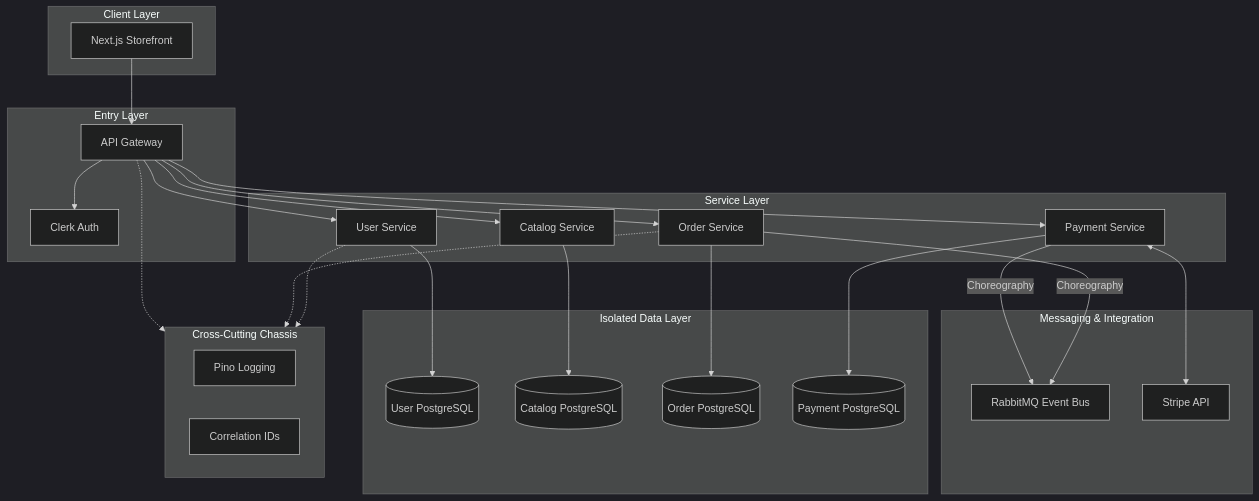
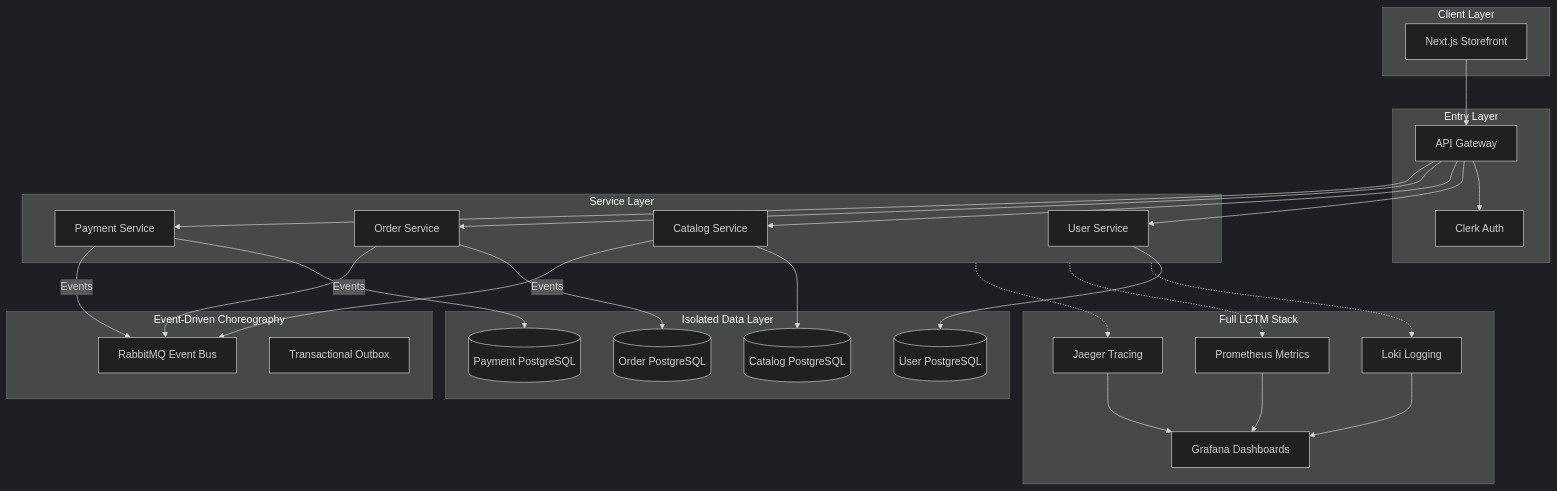
The first of 2 diagrams in README.md (AmitxParmar/modular-mart-microservices), drawn with Mermaid (dark theme) before and after one commit. The commit also changed other lines of this file and 52 other files, not shown here.

Commit message:
refactor: fix logging error and complete seller ui api integration

````diff
--- a/README.md
+++ b/README.md
@@ -19,55 +19,58 @@
 ```mermaid
 graph TB
     subgraph Client_Layer [Client Layer]
         Web[Next.js Storefront]
     end
 
     subgraph Entry_Layer [Entry Layer]
         Gateway[API Gateway]
         Auth[Clerk Auth]
     end
 
     subgraph Logic_Layer [Service Layer]
         UserSvc[User Service]
         CatalogSvc[Catalog Service]
         OrderSvc[Order Service]
         PaymentSvc[Payment Service]
     end
 
     subgraph Data_Layer [Isolated Data Layer]
         UserDB[(User PostgreSQL)]
         CatalogDB[(Catalog PostgreSQL)]
         OrderDB[(Order PostgreSQL)]
         PaymentDB[(Payment PostgreSQL)]
     end
 
-    subgraph Event_Layer [Messaging & Integration]
+    subgraph Messaging [Event-Driven Choreography]
         RMQ[RabbitMQ Event Bus]
-        Stripe[Stripe API]
+        Outbox[Transactional Outbox]
     end
 
-    subgraph Observability [Cross-Cutting Chassis]
-        Pino[Pino Logging]
-        Tracing[Correlation IDs]
+    subgraph Observability [Full LGTM Stack]
+        Grafana[Grafana Dashboards]
+        Loki[Loki Logging]
+        Prom[Prometheus Metrics]
+        Jaeger[Jaeger Tracing]
     end
 
     Web --> Gateway
     Gateway --> Auth
     Gateway --> UserSvc
     Gateway --> CatalogSvc
     Gateway --> OrderSvc
     Gateway --> PaymentSvc
 
     UserSvc --> UserDB
     CatalogSvc --> CatalogDB
     OrderSvc --> OrderDB
     PaymentSvc --> PaymentDB
 
-    OrderSvc -- Choreography --> RMQ
-    PaymentSvc -- Choreography --> RMQ
-    PaymentSvc <--> Stripe
-
-    UserSvc -.-> Observability
-    OrderSvc -.-> Observability
-    Gateway -.-> Observability
+    OrderSvc -- Events --> RMQ
+    CatalogSvc -- Events --> RMQ
+    PaymentSvc -- Events --> RMQ
+    
+    Logic_Layer -.-> Loki
+    Logic_Layer -.-> Prom
+    Logic_Layer -.-> Jaeger
+    Loki & Prom & Jaeger --> Grafana
 ```
````
